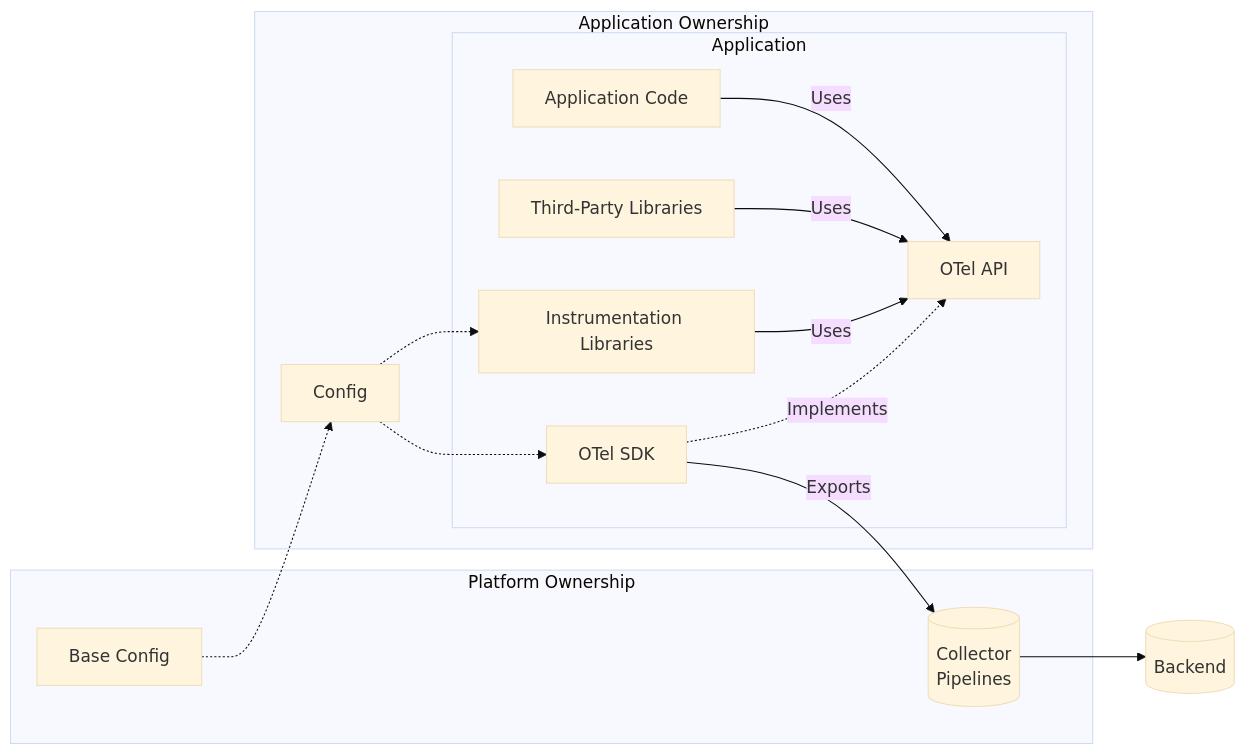
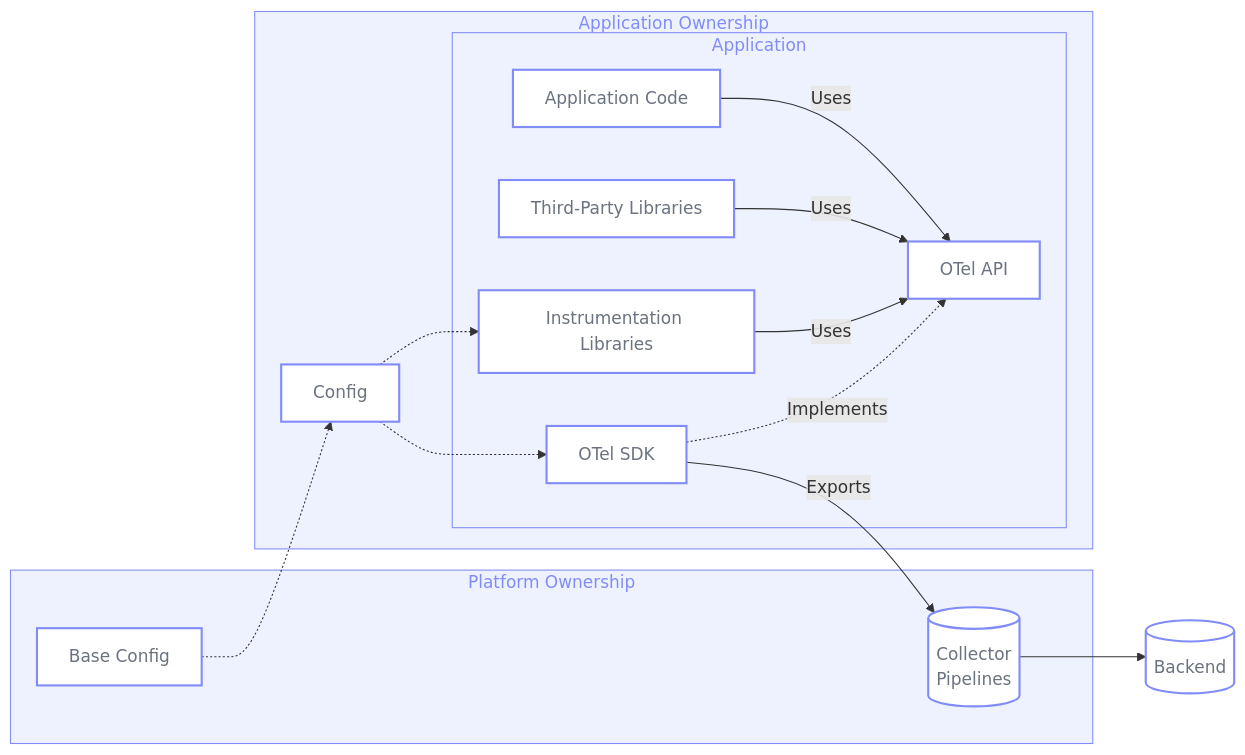
The second of 4 diagrams in content/en/docs/guidance/blueprints/centralized-platforms.md (open-telemetry/opentelemetry.io), drawn with Mermaid before and after one commit. The commit also changed other lines of this file, not shown here.

Commit message:
Uniform Mermaid diagrams

````diff
--- a/content/en/docs/guidance/blueprints/centralized-platforms.md
+++ b/content/en/docs/guidance/blueprints/centralized-platforms.md
@@ -305,35 +309,40 @@
 ```mermaid
 ---
 config:
-  theme: base
-  look: classic
+  flowchart:
+    curve: basis
 ---
 flowchart LR
     subgraph User["Application Ownership"]
-        Application["Application"]
-        Config["Config"]
+        Application["Application"]:::node
+        Config["Config"]:::node
     end
 
     subgraph Platform["Platform Ownership"]
-        Collector[("Collector<br>Pipelines")]
-        BaseConfig["Base Config"]
+        Collector[("Collector<br>Pipelines")]:::node
+        BaseConfig["Base Config"]:::node
     end
 
     subgraph Application["Application"]
-        AppCode["Application Code"]
-        ThirdParty["Third-Party Libraries"]
-        InstLibs["Instrumentation Libraries"]
-        OTelSDK["OTel SDK"]
-        OTelAPI["OTel API"]
+        AppCode["Application Code"]:::node
+        ThirdParty["Third-Party Libraries"]:::node
+        InstLibs["Instrumentation Libraries"]:::node
+        OTelSDK["OTel SDK"]:::node
+        OTelAPI["OTel API"]:::node
     end
 
     AppCode -- Uses --> OTelAPI
     ThirdParty -- Uses --> OTelAPI
     InstLibs -- Uses --> OTelAPI
     OTelSDK -. Implements .-> OTelAPI
 
     Config -.-> InstLibs & OTelSDK
     OTelSDK -- Exports --> Collector
-    Collector --> Sink[("Backend")]
+    Collector --> Sink[("Backend")]:::node
     BaseConfig -.-> Config
+
+    classDef node fill:#ffffff, stroke:#818cf8, stroke-width:2px, color:#6b7280
+    style User fill:#eef2ff, stroke:#818cf8, stroke-width:1px, color:#818cf8
+    style Platform fill:#eef2ff, stroke:#818cf8, stroke-width:1px, color:#818cf8
+    style Application fill:#eef2ff, stroke:#818cf8, stroke-width:1px, color:#818cf8
 ```
````
